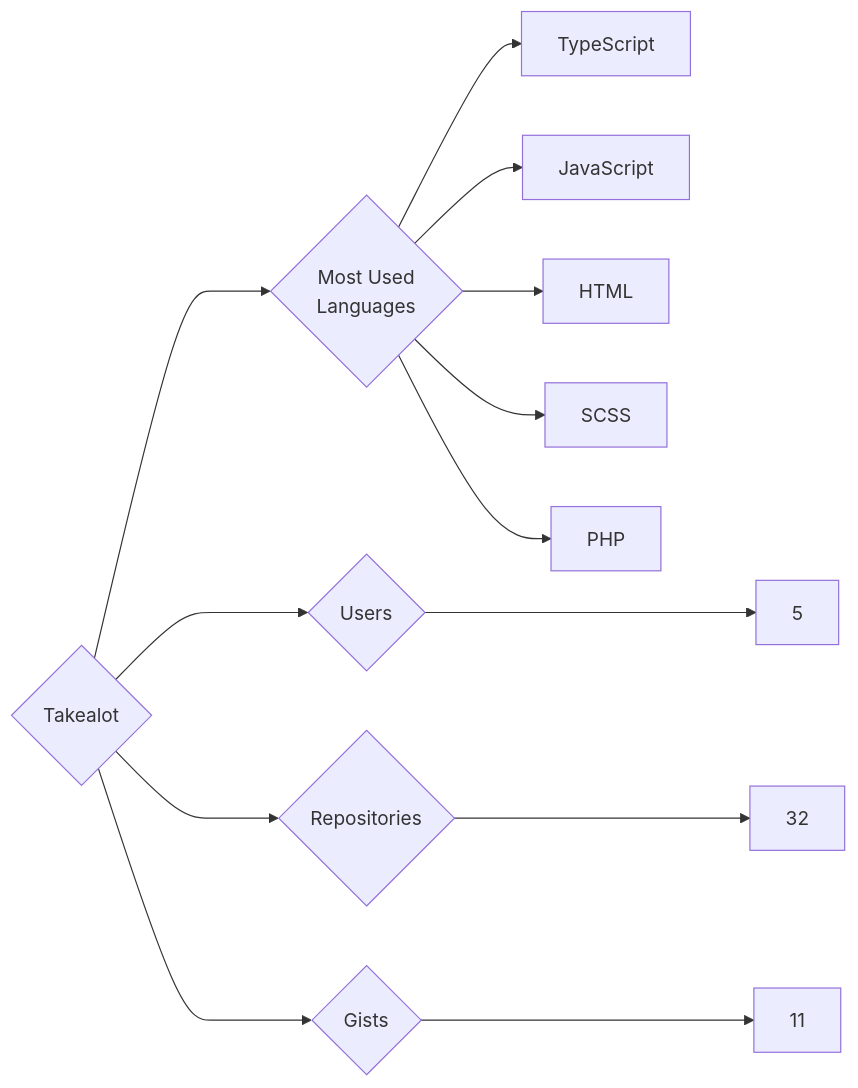
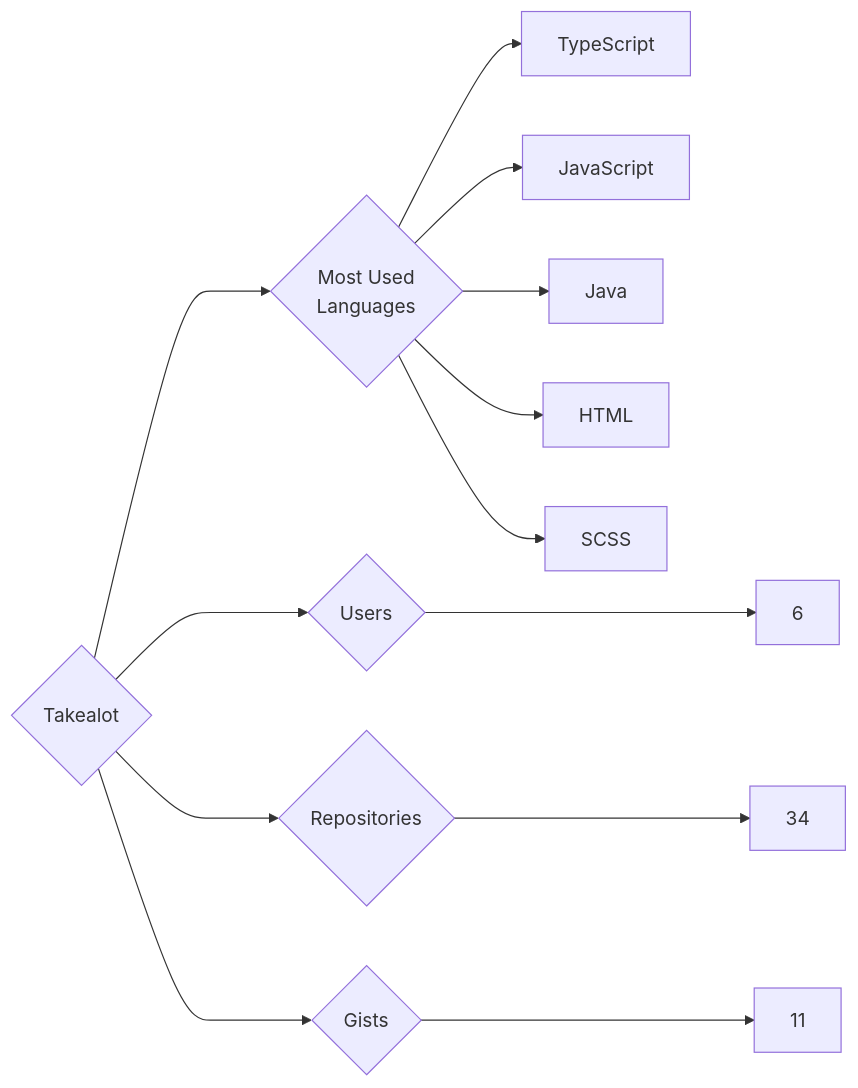
The diagram in targets/Takealot/README.md (trickest/insiders), drawn with Mermaid before and after one commit. The commit also changed 1508 other files, not shown here.

````diff
--- a/targets/Takealot/README.md
+++ b/targets/Takealot/README.md
@@ -3,13 +3,13 @@
 ```mermaid
 graph LR
 COMPANY_NAME{Takealot}
-COMPANY_NAME ---> U{Users} ---> UN[5]
-COMPANY_NAME ---> R{Repositories} ---> RN[32]
+COMPANY_NAME ---> U{Users} ---> UN[6]
+COMPANY_NAME ---> R{Repositories} ---> RN[34]
 COMPANY_NAME ---> G{Gists} ---> GN[11]
 COMPANY_NAME ---> ML{Most Used<br>Languages}
 ML --> TypeScript[TypeScript]
 ML --> JavaScript[JavaScript]
+ML --> Java[Java]
 ML --> HTML[HTML]
 ML --> SCSS[SCSS]
-ML --> PHP[PHP]
 ```
````
